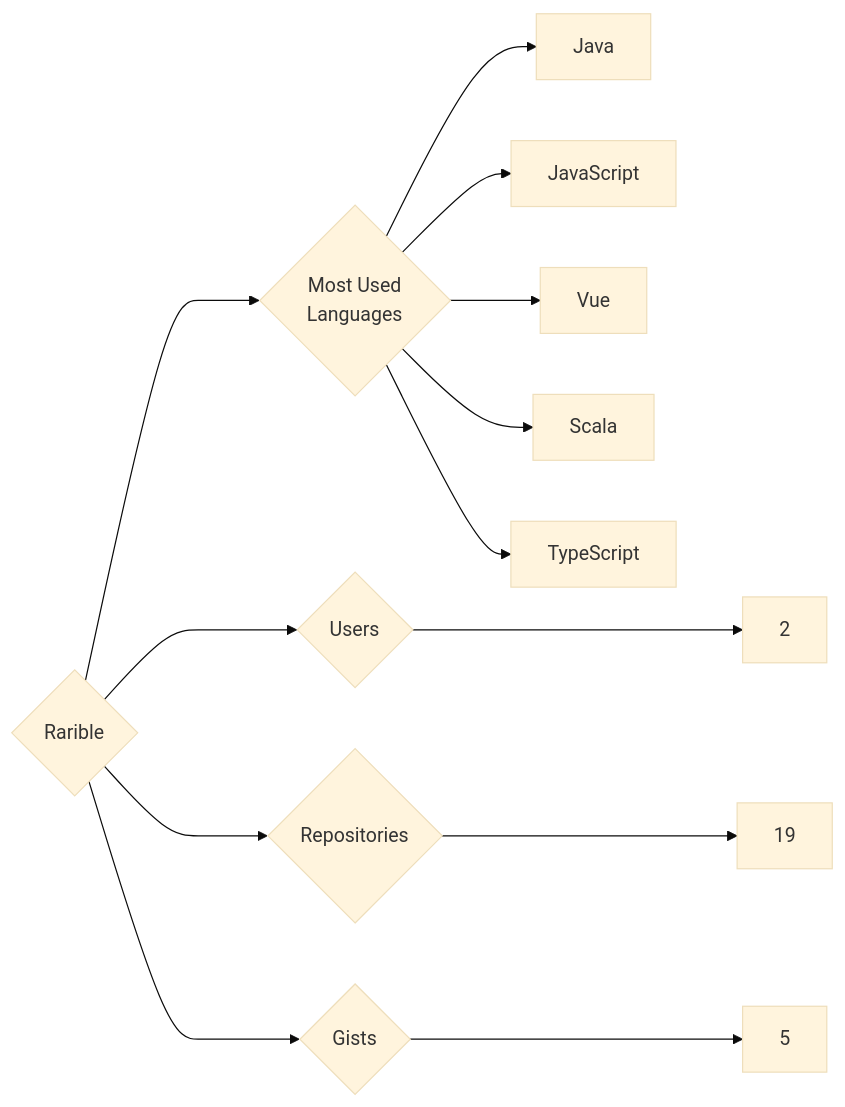
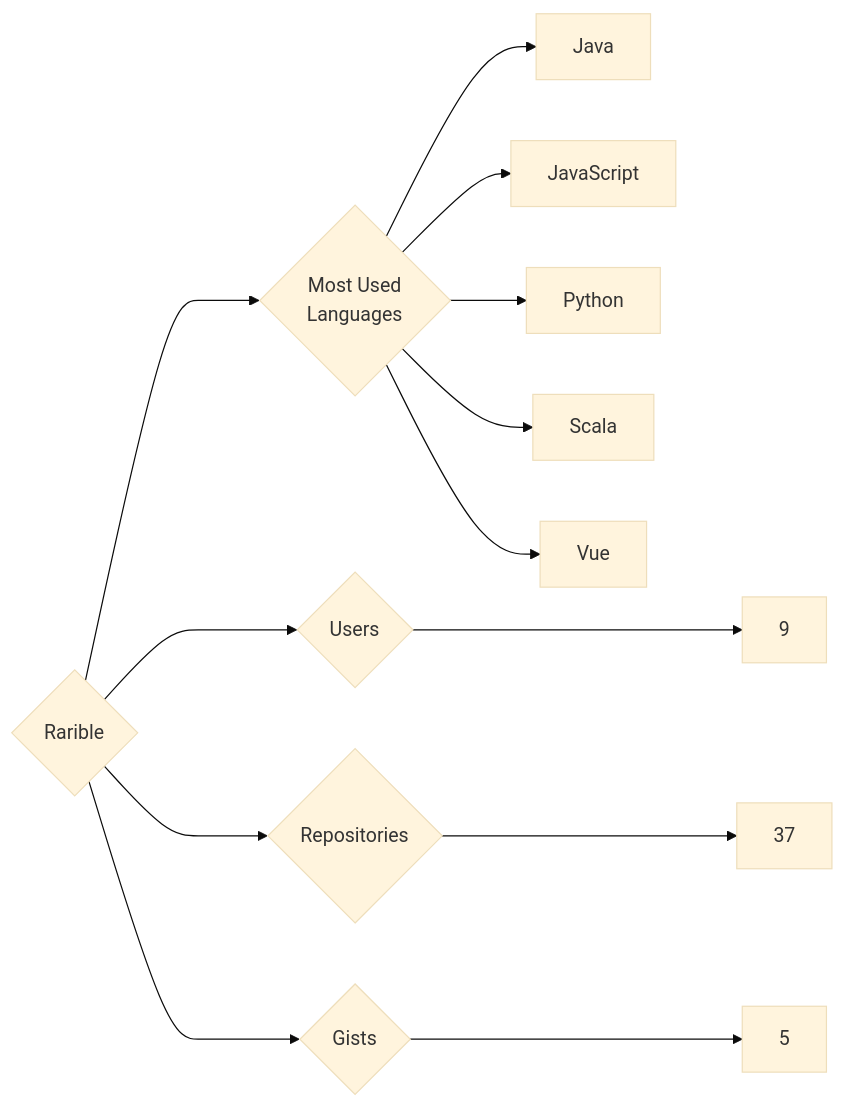
The diagram in targets/Rarible/README.md (trickest/insiders), drawn with Mermaid (base theme) before and after one commit. The commit also changed 1696 other files, not shown here.

````diff
--- a/targets/Rarible/README.md
+++ b/targets/Rarible/README.md
@@ -3,13 +3,13 @@
 ```mermaid
 graph LR
 COMPANY_NAME{Rarible}
-COMPANY_NAME ---> U{Users} ---> UN[2]
-COMPANY_NAME ---> R{Repositories} ---> RN[19]
+COMPANY_NAME ---> U{Users} ---> UN[9]
+COMPANY_NAME ---> R{Repositories} ---> RN[37]
 COMPANY_NAME ---> G{Gists} ---> GN[5]
 COMPANY_NAME ---> ML{Most Used<br>Languages}
 ML --> Java[Java]
 ML --> JavaScript[JavaScript]
+ML --> Python[Python]
+ML --> Scala[Scala]
 ML --> Vue[Vue]
-ML --> Scala[Scala]
-ML --> TypeScript[TypeScript]
 ```
````
